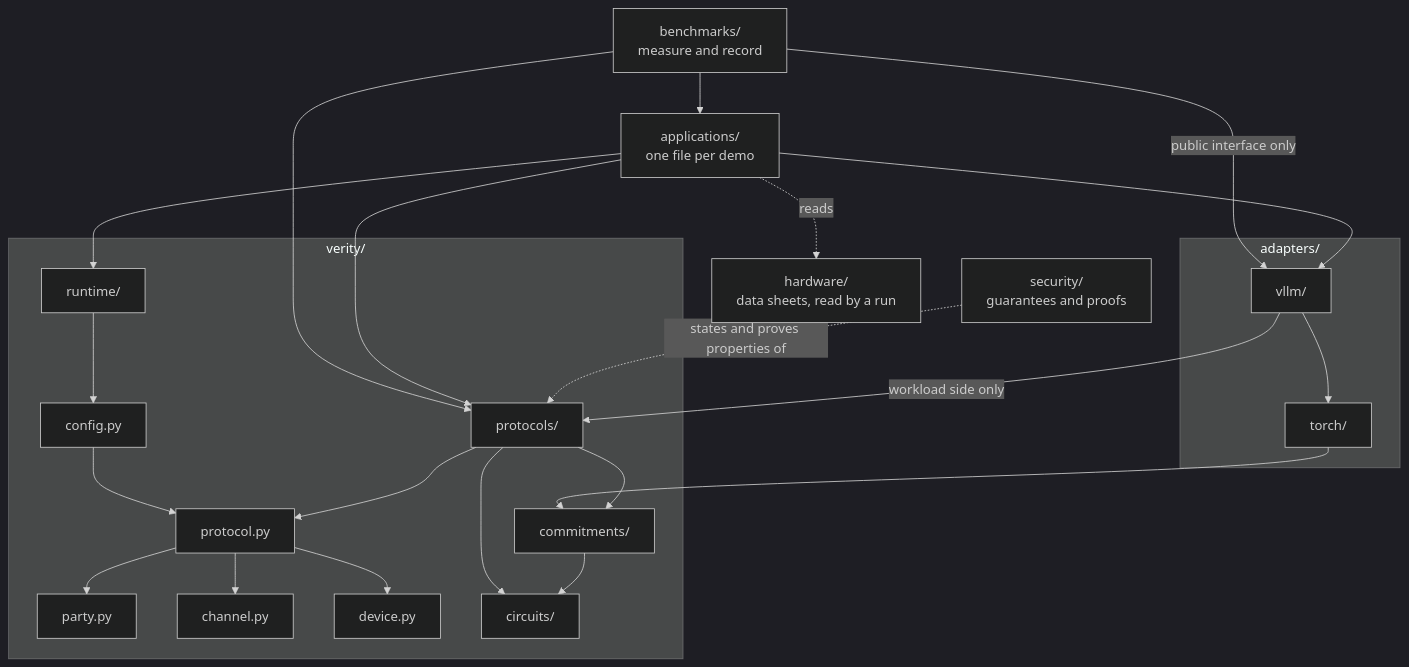
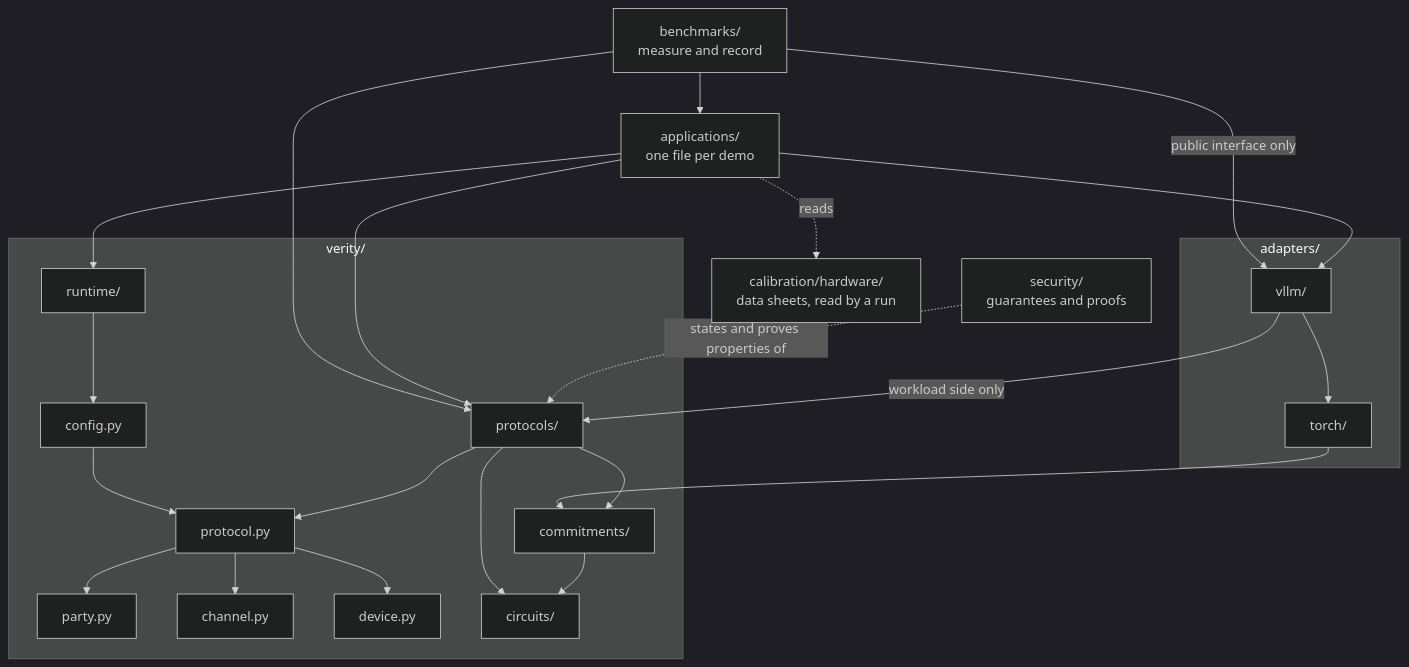
The third of 5 diagrams in ARCHITECTURE.md (compute-verification/verity), drawn with Mermaid (dark theme) before and after one commit. The commit also changed other lines of this file and 809 other files, not shown here.

````diff
--- a/ARCHITECTURE.md
+++ b/ARCHITECTURE.md
@@ -115,42 +115,42 @@
 ```mermaid
 flowchart TD
     bench["benchmarks/<br/>measure and record"]
     demos["applications/<br/>one file per demo"]
-    hw["hardware/<br/>data sheets, read by a run"]
+    hw["calibration/hardware/<br/>data sheets, read by a run"]
     subgraph adapters["adapters/"]
         vllm["vllm/"]
         torch["torch/"]
     end
     subgraph verity["verity/"]
         runtime["runtime/"]
         config["config.py"]
         protocol["protocol.py"]
         party["party.py"]
         channel["channel.py"]
         device["device.py"]
         protocols["protocols/"]
         commitments["commitments/"]
         circuits["circuits/"]
     end
     security["security/<br/>guarantees and proofs"]
     bench --> demos
     bench --> protocols
     bench -- "public interface only" --> vllm
     demos --> runtime
     demos --> vllm
     demos --> protocols
     demos -. "reads" .-> hw
     vllm --> torch
     vllm -- "workload side only" --> protocols
     torch --> commitments
     runtime --> config
     config --> protocol
     protocol --> party
     protocol --> channel
     protocol --> device
     protocols --> protocol
     protocols --> commitments
     protocols --> circuits
     commitments --> circuits
     security -. "states and proves properties of" .-> protocols
 ```
````
